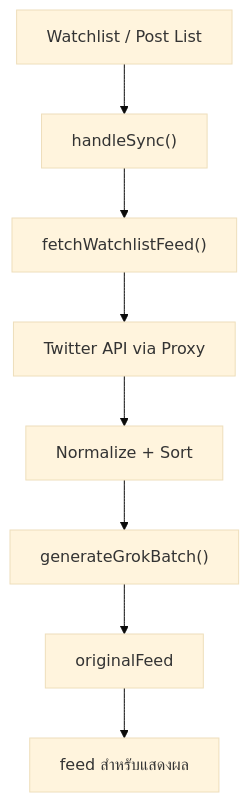
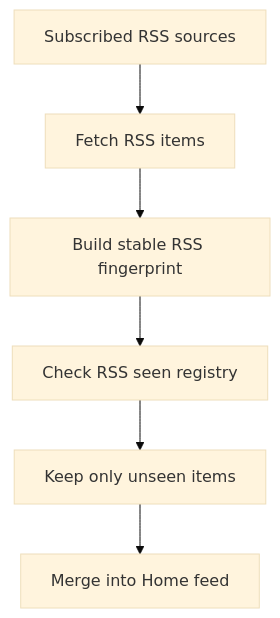
One commit to thefogusz/test changed the first of 2 diagrams in docs/architecture/feed-search.md. Above: the diagram before and after it, drawn with Mermaid (base theme). The commit also changed other lines of this file and 23 other files, not shown here.

````diff
--- a/docs/architecture/feed-search.md
+++ b/docs/architecture/feed-search.md
@@ -7,10 +9,8 @@
 ```mermaid
 flowchart TD
-  A["Watchlist / Post List"] --> B["handleSync()"]
-  B --> C["fetchWatchlistFeed()"]
-  C --> D["Twitter API via Proxy"]
-  D --> E["Normalize + Sort"]
-  E --> F["generateGrokBatch()"]
-  F --> G["originalFeed"]
-  G --> H["feed สำหรับแสดงผล"]
+  A["Subscribed RSS sources"] --> B["Fetch RSS items"]
+  B --> C["Build stable RSS fingerprint"]
+  C --> D["Check RSS seen registry"]
+  D --> E["Keep only unseen items"]
+  E --> F["Merge into Home feed"]
 ```
````
